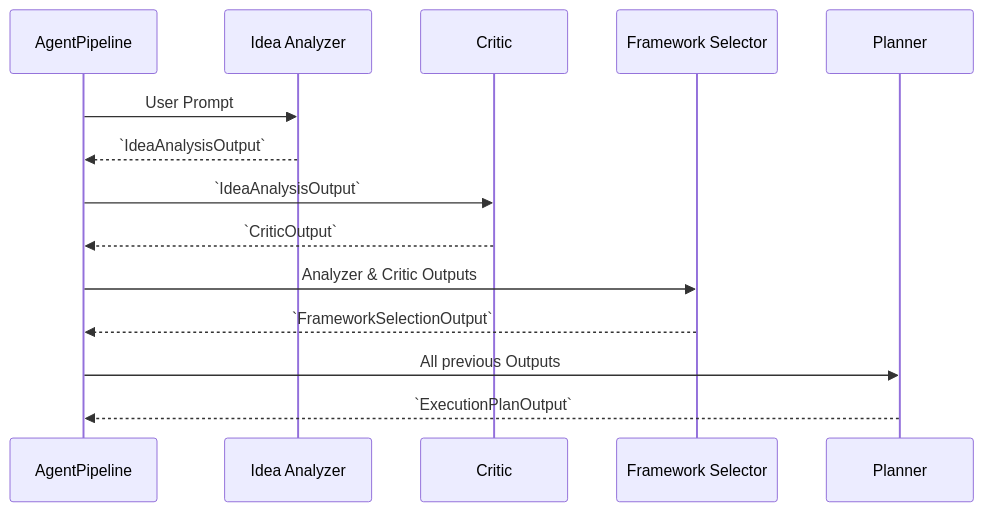
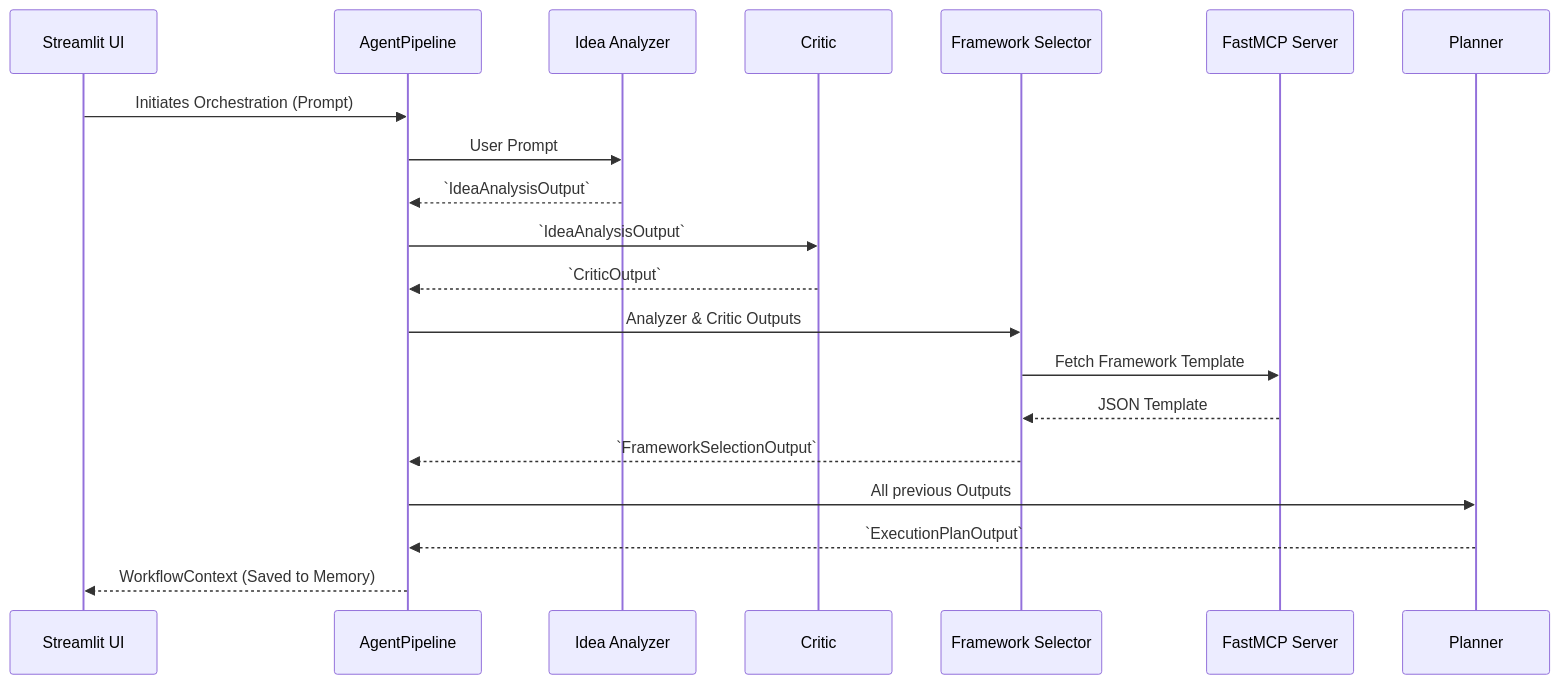
One commit to Ashphysics/thinkflow-studio changed the diagram in docs/architecture/pipeline.md. Above: the diagram before and after it, drawn with Mermaid. The commit also changed other lines of this file and 35 other files, not shown here.

````diff
--- a/docs/architecture/pipeline.md
+++ b/docs/architecture/pipeline.md
@@ -5,20 +8,28 @@
 ```mermaid
 sequenceDiagram
+    participant UI as Streamlit UI
     participant Pipe as AgentPipeline
     participant A as Idea Analyzer
     participant Cr as Critic
     participant FS as Framework Selector
+    participant MCP as FastMCP Server
     participant P as Planner
 
+    UI->>Pipe: Initiates Orchestration (Prompt)
+    
     Pipe->>A: User Prompt
     A-->>Pipe: `IdeaAnalysisOutput`
     
     Pipe->>Cr: `IdeaAnalysisOutput`
     Cr-->>Pipe: `CriticOutput`
     
     Pipe->>FS: Analyzer & Critic Outputs
+    FS->>MCP: Fetch Framework Template
+    MCP-->>FS: JSON Template
     FS-->>Pipe: `FrameworkSelectionOutput`
     
     Pipe->>P: All previous Outputs
     P-->>Pipe: `ExecutionPlanOutput`
+    
+    Pipe-->>UI: WorkflowContext (Saved to Memory)
 ```
````
